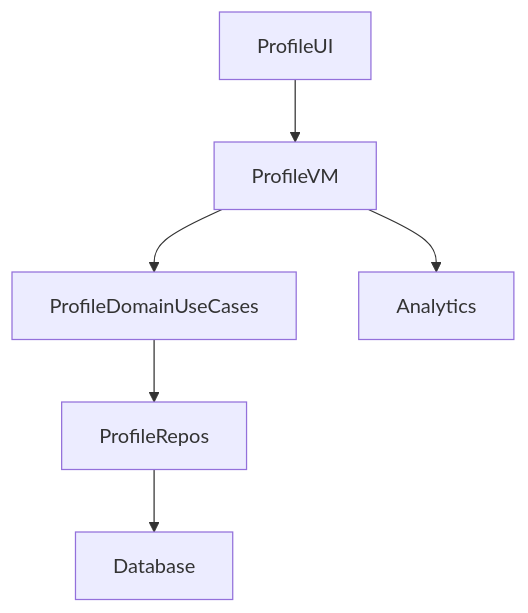
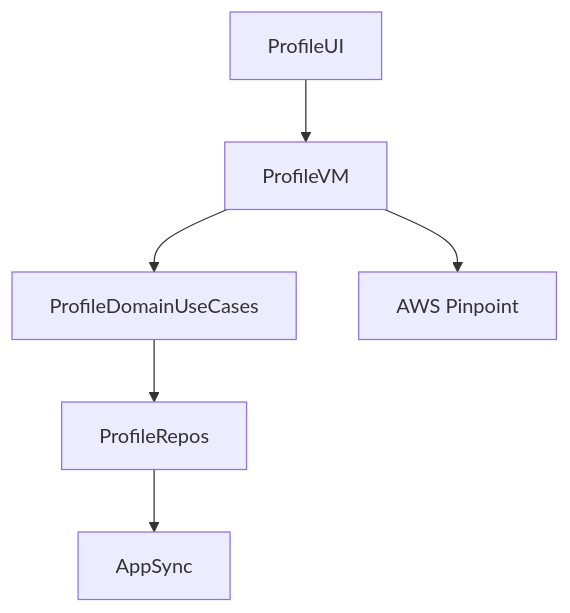
One commit to harrykibet/RealEstateApp-Android changed the fourth of 5 diagrams in docs/ARCHITECTURE.md. Above: the diagram before and after it, drawn with Mermaid. The commit also changed other lines of this file and 7 other files, not shown here.

````diff
--- a/docs/ARCHITECTURE.md
+++ b/docs/ARCHITECTURE.md
@@ -60,6 +61,6 @@
 ```mermaid
 flowchart TD
     ProfileUI --> ProfileVM --> ProfileDomainUseCases --> ProfileRepos
-    ProfileRepos --> Database
-    ProfileVM --> Analytics
+    ProfileRepos --> AppSync
+    ProfileVM --> Analytics[AWS Pinpoint]
 ```
````
